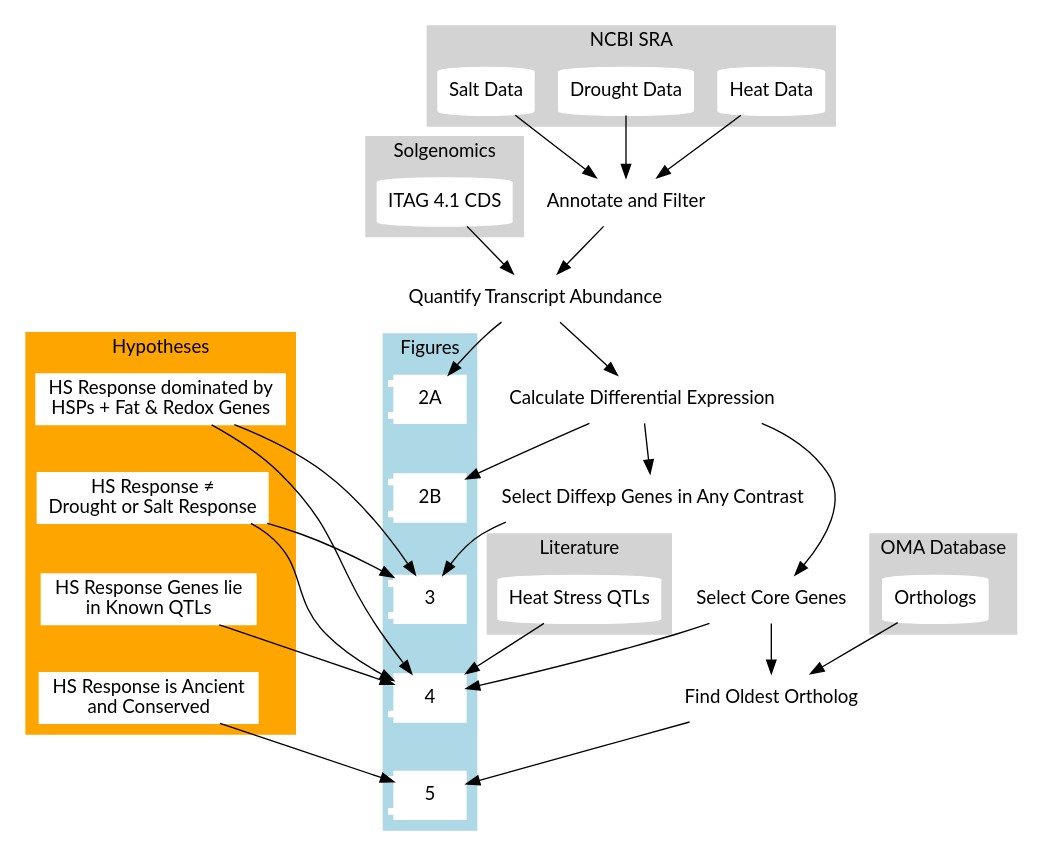
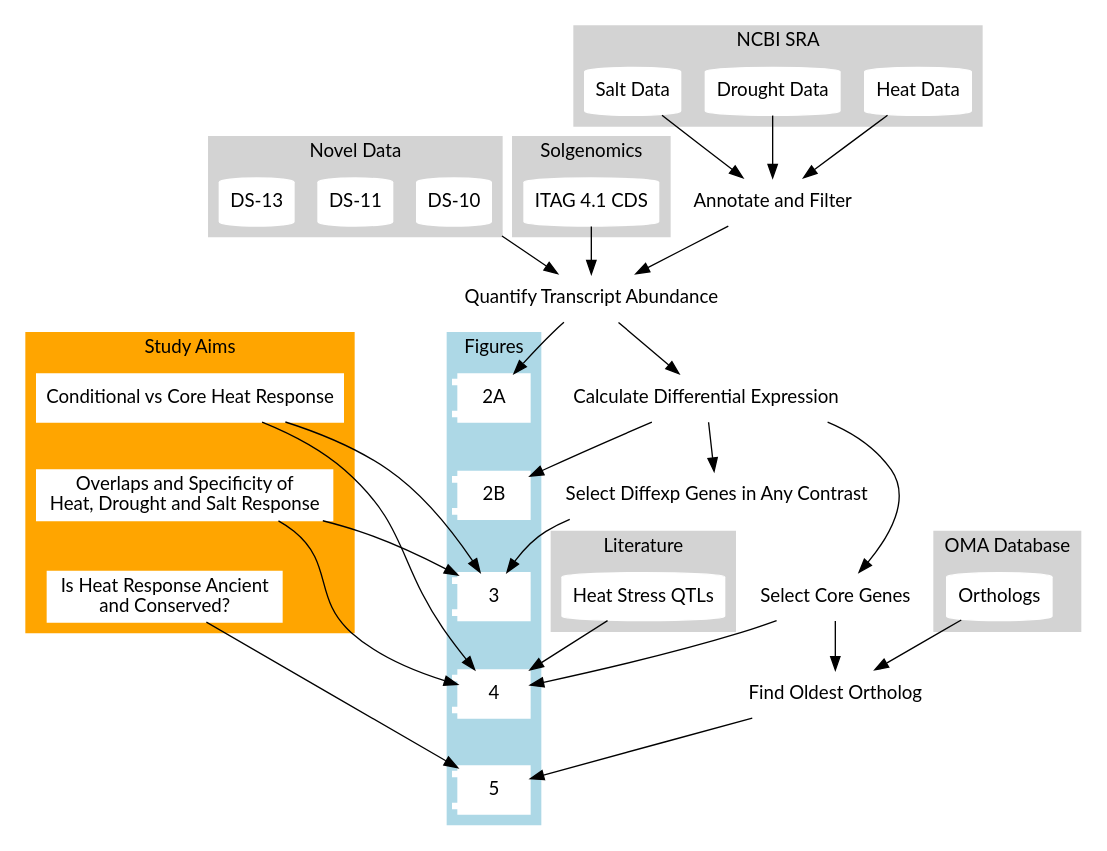
Before and after one commit to NAMlab/tomato-rna-meta: the diagram in figures/Overview.dot, drawn with Graphviz. The commit also changed 16 other files, not shown here.

```diff
--- a/figures/Overview.dot
+++ b/figures/Overview.dot
@@ -1,104 +1,115 @@
 digraph G {
     fontname="Lato,Helvetica,Arial,sans-serif";
+    compound=true;
     node [fontname="Lato,Helvetica,Arial,sans-serif"]
 	edge [fontname="Lato,Helvetica,Arial,sans-serif"]
     
     subgraph cluster_hypo {
-        label = "Hypotheses"
+        label = "Study Aims"
         style=filled;
         color=orange;
         node [shape=rect,style=filled,color=white];
         edge [penwidth=0,arrowsize=0];
-        h1 [label="HS Response dominated by \n HSPs + Fat & Redox Genes"];
-        h2 [label="HS Response ≠ \nDrought or Salt Response"];
-        h3 [label="HS Response Genes lie \n in Known QTLs"];
-        h4 [label="HS Response is Ancient \n and Conserved"];
-        h1 -> h2 -> h3 -> h4;
+        h1 [label="Conditional vs Core Heat Response"];
+        h2 [label="Overlaps and Specificity of\n Heat, Drought and Salt Response"];
+        h4 [label="Is Heat Response Ancient \n and Conserved?"];
+        h1 -> h2 -> h4;
     }
     
     subgraph cluster_0 {
 		style=filled;
 		color=lightgrey;
 		node [style=filled,color=white,shape=cylinder];
 		d1 [label="Heat Data"];
         d2 [label="Drought Data"];
         d3 [label="Salt Data"];
 		label = "NCBI SRA";
+	}
+	
+	subgraph cluster_01 {
+		style=filled;
+		color=lightgrey;
+		node [style=filled,color=white,shape=cylinder];
+		dn1 [label="DS-10"];
+        dn2 [label="DS-11"];
+        dn3 [label="DS-13"];
+		label = "Novel Data";
 	}
 	
 	subgraph cluster_1 {
 		style=filled;
 		color=lightgrey;
 		node [style=filled,color=white,shape=cylinder];
 		d4 [label="ITAG 4.1 CDS"];
 		label = "Solgenomics";
 	}
 	
 	subgraph cluster_2 {
 		style=filled;
 		color=lightblue;
 		node [style=filled,color=white,shape=component];
 		edge [penwidth=0,arrowsize=0]
 		f1 [label="2A"];
 		f2 [label="2B"];
 		f3 [label="3"];
 		f4 [label="4"];
 		f5 [label="5"];
 		f1 -> f2 -> f3 -> f4 -> f5;
 		label = "Figures";
 	}
 	
 	subgraph cluster_3 {
 		style=filled;
 		color=lightgrey;
 		node [style=filled,color=white,shape=cylinder];
 		d5 [label="Heat Stress QTLs"];
 		label = "Literature";
 	}
 	
 	subgraph cluster_4 {
 		style=filled;
 		color=lightgrey;
 		node [style=filled,color=white,shape=cylinder];
 		d6 [label="Orthologs"];
 		label = "OMA Database";
 	}
 
     
     p1 [shape=none,label="Annotate and Filter"];
     p2 [shape=none,label="Quantify Transcript Abundance"];
     p3 [shape=none,label="Calculate Differential Expression"];
     p4 [shape=none,label="Select Diffexp Genes in Any Contrast"];
     p5 [shape=none,label="Select Core Genes"];
     p6 [shape=none,label="Find Oldest Ortholog"];
     
     d1 -> p1;
 	d2 -> p1;
 	d3 -> p1;
 	
+	dn1 -> p2 [ltail=cluster_01];
+	
 	d4 -> p2;
 	p1 -> p2;
 	p2 -> f1;
 	
 	p2 -> p3;
 	p3 -> f2;
 	
 	p3 -> p4;
 	p4 -> f3;
 	
 	p3 -> p5;
 	p5 -> f4;
 	d5 -> f4;
 	
 	p5 -> p6;
 	p6 -> f5;
 	d6 -> p6;
 	
 	h1 -> f3;
 	h1 -> f4;
 	h2 -> f3;
 	h2 -> f4;
-	h3 -> f4;
 	h4 -> f5;
 	
 }
```
